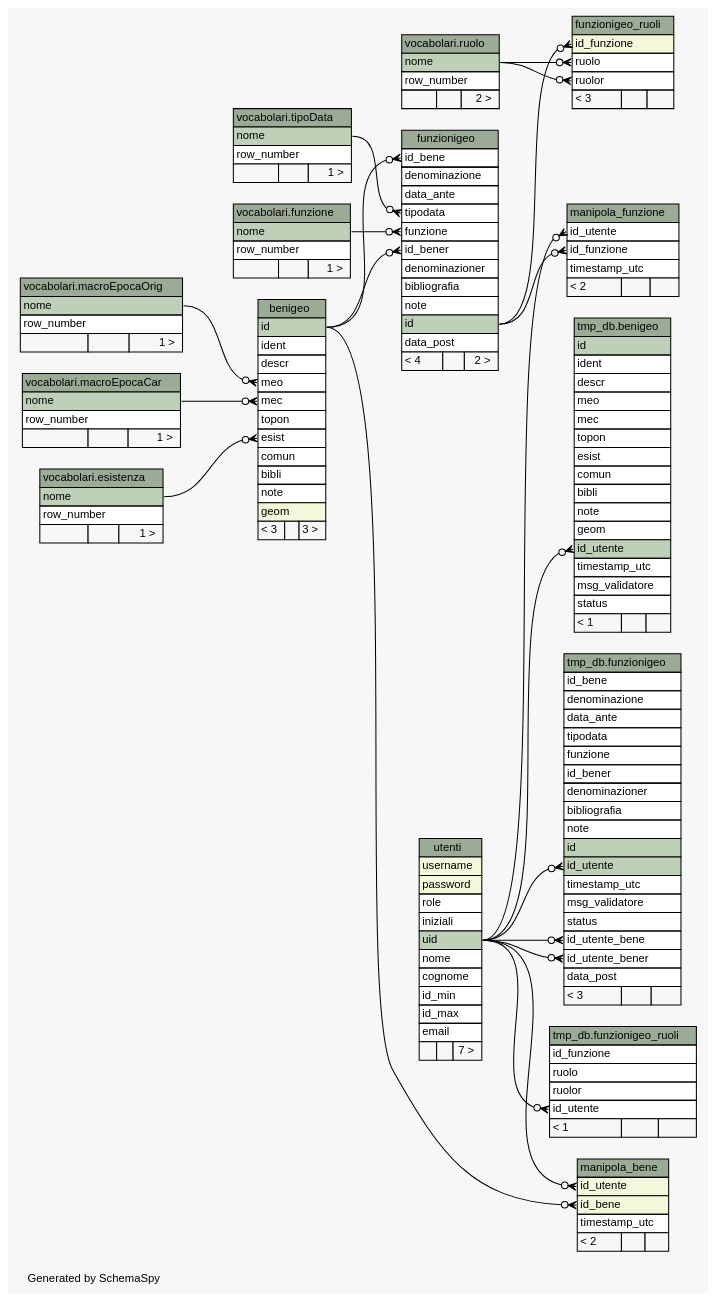
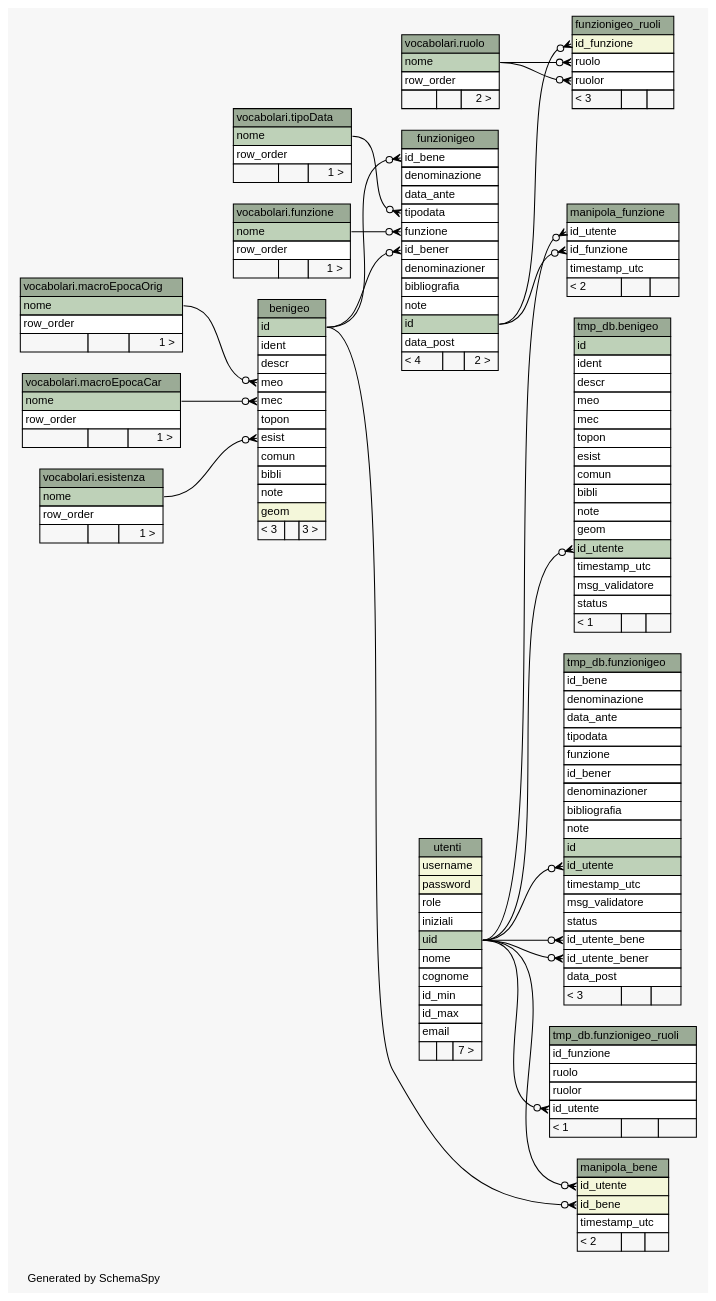
One commit to MaurizioRicci/beniInLunigianaServer changed the diagram in databaseSchemaInterattivo/public/diagrams/summary/relationships.real.large.dot. Above: the diagram before and after it, drawn with Graphviz. The commit also changed 166 other files, not shown here.

```diff
--- a/databaseSchemaInterattivo/public/diagrams/summary/relationships.real.large.dot
+++ b/databaseSchemaInterattivo/public/diagrams/summary/relationships.real.large.dot
@@ -68,7 +68,7 @@
     <TABLE BORDER="0" CELLBORDER="1" CELLSPACING="0" BGCOLOR="#ffffff">
       <TR><TD COLSPAN="3" BGCOLOR="#9bab96" ALIGN="CENTER">vocabolari.esistenza</TD></TR>
       <TR><TD PORT="nome" COLSPAN="3" BGCOLOR="#bed1b8" ALIGN="LEFT">nome</TD></TR>
-      <TR><TD PORT="row_number" COLSPAN="3" ALIGN="LEFT">row_number</TD></TR>
+      <TR><TD PORT="row_order" COLSPAN="3" ALIGN="LEFT">row_order</TD></TR>
       <TR><TD ALIGN="LEFT" BGCOLOR="#f7f7f7">  </TD><TD ALIGN="RIGHT" BGCOLOR="#f7f7f7">  </TD><TD ALIGN="RIGHT" BGCOLOR="#f7f7f7">1 &gt;</TD></TR>
     </TABLE>>
     URL="tables/../../vocabolari/tables/esistenza.html"
@@ -79,7 +79,7 @@
     <TABLE BORDER="0" CELLBORDER="1" CELLSPACING="0" BGCOLOR="#ffffff">
       <TR><TD COLSPAN="3" BGCOLOR="#9bab96" ALIGN="CENTER">vocabolari.funzione</TD></TR>
       <TR><TD PORT="nome" COLSPAN="3" BGCOLOR="#bed1b8" ALIGN="LEFT">nome</TD></TR>
-      <TR><TD PORT="row_number" COLSPAN="3" ALIGN="LEFT">row_number</TD></TR>
+      <TR><TD PORT="row_order" COLSPAN="3" ALIGN="LEFT">row_order</TD></TR>
       <TR><TD ALIGN="LEFT" BGCOLOR="#f7f7f7">  </TD><TD ALIGN="RIGHT" BGCOLOR="#f7f7f7">  </TD><TD ALIGN="RIGHT" BGCOLOR="#f7f7f7">1 &gt;</TD></TR>
     </TABLE>>
     URL="tables/../../vocabolari/tables/funzione.html"
@@ -161,7 +161,7 @@
     <TABLE BORDER="0" CELLBORDER="1" CELLSPACING="0" BGCOLOR="#ffffff">
       <TR><TD COLSPAN="3" BGCOLOR="#9bab96" ALIGN="CENTER">vocabolari.macroEpocaCar</TD></TR>
       <TR><TD PORT="nome" COLSPAN="3" BGCOLOR="#bed1b8" ALIGN="LEFT">nome</TD></TR>
-      <TR><TD PORT="row_number" COLSPAN="3" ALIGN="LEFT">row_number</TD></TR>
+      <TR><TD PORT="row_order" COLSPAN="3" ALIGN="LEFT">row_order</TD></TR>
       <TR><TD ALIGN="LEFT" BGCOLOR="#f7f7f7">  </TD><TD ALIGN="RIGHT" BGCOLOR="#f7f7f7">  </TD><TD ALIGN="RIGHT" BGCOLOR="#f7f7f7">1 &gt;</TD></TR>
     </TABLE>>
     URL="tables/../../vocabolari/tables/macroEpocaCar.html"
@@ -172,7 +172,7 @@
     <TABLE BORDER="0" CELLBORDER="1" CELLSPACING="0" BGCOLOR="#ffffff">
       <TR><TD COLSPAN="3" BGCOLOR="#9bab96" ALIGN="CENTER">vocabolari.macroEpocaOrig</TD></TR>
       <TR><TD PORT="nome" COLSPAN="3" BGCOLOR="#bed1b8" ALIGN="LEFT">nome</TD></TR>
-      <TR><TD PORT="row_number" COLSPAN="3" ALIGN="LEFT">row_number</TD></TR>
+      <TR><TD PORT="row_order" COLSPAN="3" ALIGN="LEFT">row_order</TD></TR>
       <TR><TD ALIGN="LEFT" BGCOLOR="#f7f7f7">  </TD><TD ALIGN="RIGHT" BGCOLOR="#f7f7f7">  </TD><TD ALIGN="RIGHT" BGCOLOR="#f7f7f7">1 &gt;</TD></TR>
     </TABLE>>
     URL="tables/../../vocabolari/tables/macroEpocaOrig.html"
@@ -207,7 +207,7 @@
     <TABLE BORDER="0" CELLBORDER="1" CELLSPACING="0" BGCOLOR="#ffffff">
       <TR><TD COLSPAN="3" BGCOLOR="#9bab96" ALIGN="CENTER">vocabolari.ruolo</TD></TR>
       <TR><TD PORT="nome" COLSPAN="3" BGCOLOR="#bed1b8" ALIGN="LEFT">nome</TD></TR>
-      <TR><TD PORT="row_number" COLSPAN="3" ALIGN="LEFT">row_number</TD></TR>
+      <TR><TD PORT="row_order" COLSPAN="3" ALIGN="LEFT">row_order</TD></TR>
       <TR><TD ALIGN="LEFT" BGCOLOR="#f7f7f7">  </TD><TD ALIGN="RIGHT" BGCOLOR="#f7f7f7">  </TD><TD ALIGN="RIGHT" BGCOLOR="#f7f7f7">2 &gt;</TD></TR>
     </TABLE>>
     URL="tables/../../vocabolari/tables/ruolo.html"
@@ -218,7 +218,7 @@
     <TABLE BORDER="0" CELLBORDER="1" CELLSPACING="0" BGCOLOR="#ffffff">
       <TR><TD COLSPAN="3" BGCOLOR="#9bab96" ALIGN="CENTER">vocabolari.tipoData</TD></TR>
       <TR><TD PORT="nome" COLSPAN="3" BGCOLOR="#bed1b8" ALIGN="LEFT">nome</TD></TR>
-      <TR><TD PORT="row_number" COLSPAN="3" ALIGN="LEFT">row_number</TD></TR>
+      <TR><TD PORT="row_order" COLSPAN="3" ALIGN="LEFT">row_order</TD></TR>
       <TR><TD ALIGN="LEFT" BGCOLOR="#f7f7f7">  </TD><TD ALIGN="RIGHT" BGCOLOR="#f7f7f7">  </TD><TD ALIGN="RIGHT" BGCOLOR="#f7f7f7">1 &gt;</TD></TR>
     </TABLE>>
     URL="tables/../../vocabolari/tables/tipoData.html"
```
